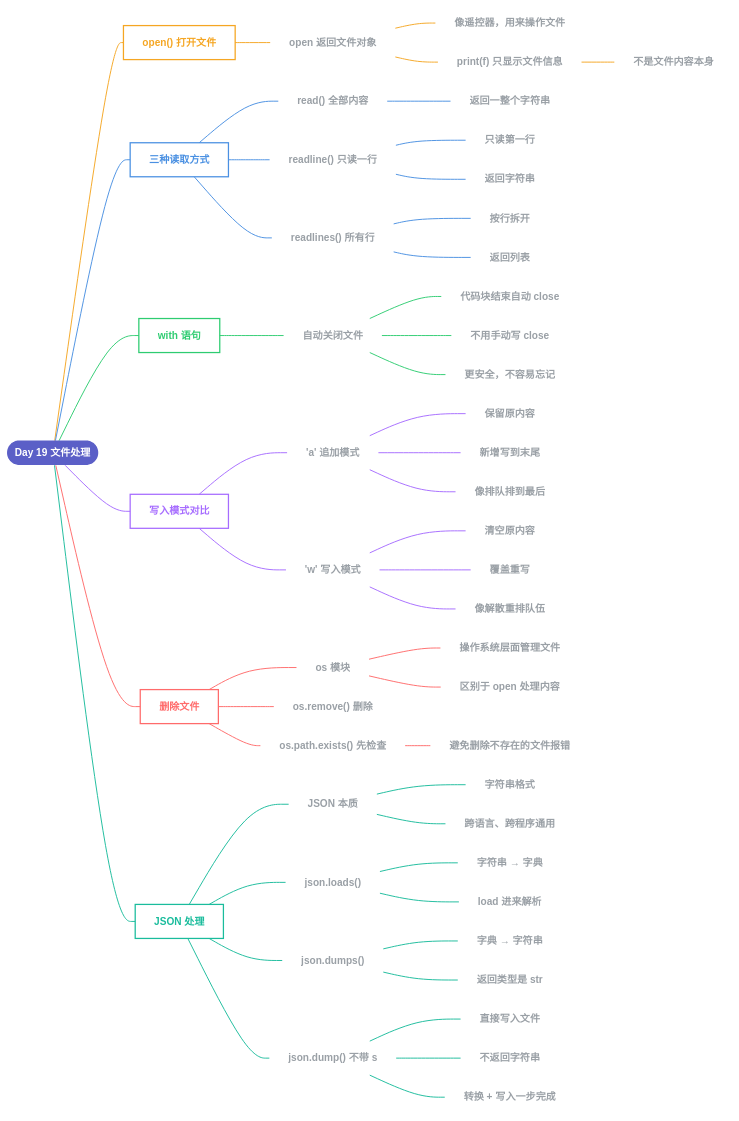
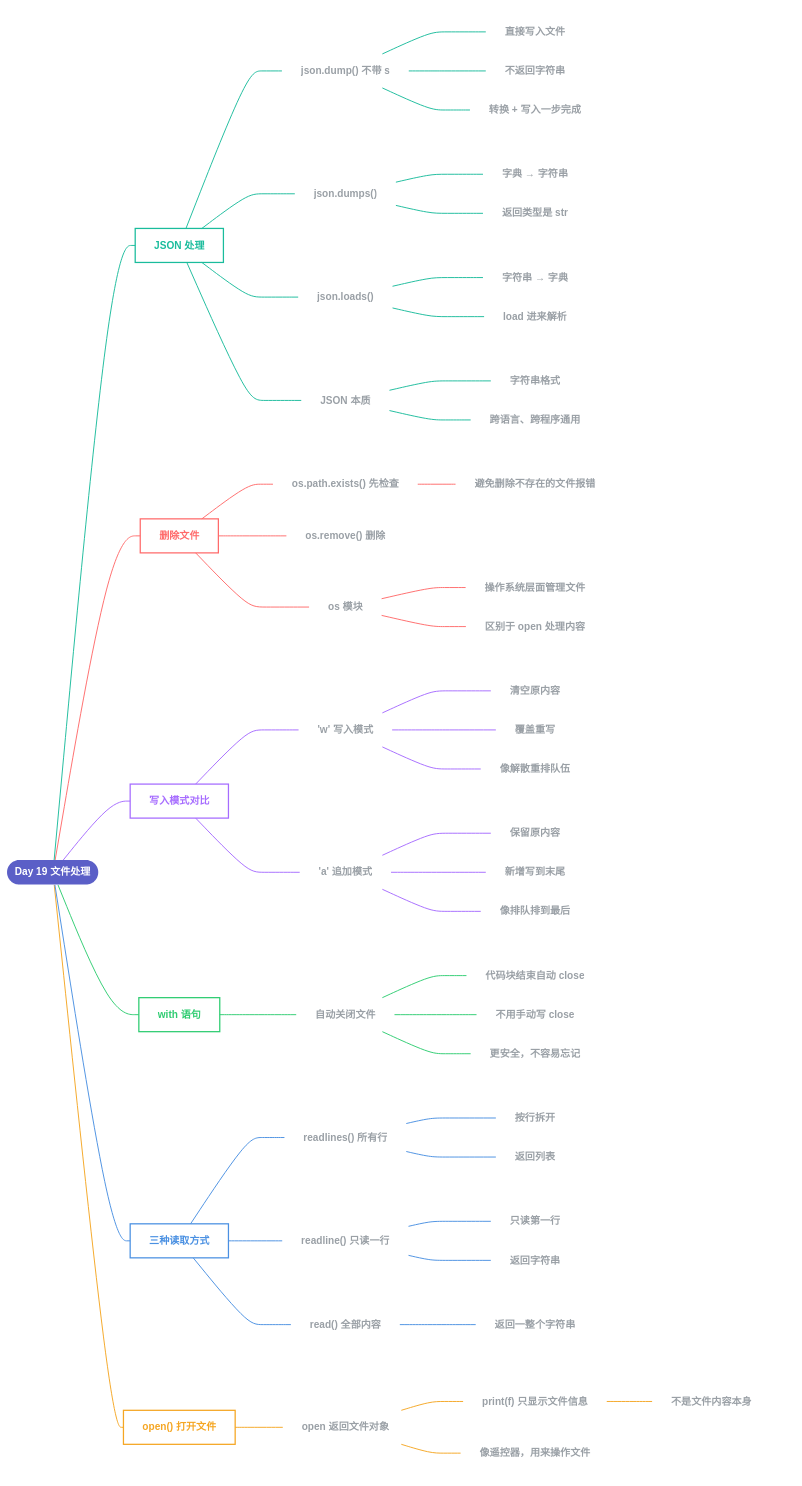
Before and after one commit to Lnnkun/30-days-of-python-notes: the diagram in Day19_文件处理.md, drawn with Mermaid (base theme). The commit also changed 3 other files, not shown here.

Commit message:
修复 Day18-21 思维导图排版：连线不再穿过文字

```diff
--- a/Day19_文件处理.md
+++ b/Day19_文件处理.md
@@ -5,66 +5,108 @@
 flowchart LR
   R(["Day 19 文件处理"])
   R --- b0["open() 打开文件"]
+  b0 --- n1["open 返回文件对象"]
+  subgraph sn1[" "]
+  n1 --- n2["像遥控器，用来操作文件"]
+  n1 --- n3["print(f) 只显示文件信息"]
+  subgraph sn3[" "]
+  n3 --- n4["不是文件内容本身"]
+  end
+  style sn3 fill:none,stroke:none
+  end
+  style sn1 fill:none,stroke:none
   classDef c0 fill:none,stroke:#F5A623,stroke-width:2px,color:#F5A623,font-weight:bold
   class b0 c0
-  b0 --- n1["open 返回文件对象"]
-  n1 --- n2["像遥控器，用来操作文件"]
-  n1 --- n3["print(f) 只显示文件信息"]
-  n3 --- n4["不是文件内容本身"]
   R --- b1["三种读取方式"]
+  b1 --- n5["read() 全部内容"]
+  subgraph sn5[" "]
+  n5 --- n6["返回一整个字符串"]
+  end
+  style sn5 fill:none,stroke:none
+  b1 --- n7["readline() 只读一行"]
+  subgraph sn7[" "]
+  n7 --- n8["只读第一行"]
+  n7 --- n9["返回字符串"]
+  end
+  style sn7 fill:none,stroke:none
+  b1 --- n10["readlines() 所有行"]
+  subgraph sn10[" "]
+  n10 --- n11["按行拆开"]
+  n10 --- n12["返回列表"]
+  end
+  style sn10 fill:none,stroke:none
   classDef c1 fill:none,stroke:#4A90E2,stroke-width:2px,color:#4A90E2,font-weight:bold
   class b1 c1
-  b1 --- n5["read() 全部内容"]
-  n5 --- n6["返回一整个字符串"]
-  b1 --- n7["readline() 只读一行"]
-  n7 --- n8["只读第一行"]
-  n7 --- n9["返回字符串"]
-  b1 --- n10["readlines() 所有行"]
-  n10 --- n11["按行拆开"]
-  n10 --- n12["返回列表"]
   R --- b2["with 语句"]
-  classDef c2 fill:none,stroke:#2ECC71,stroke-width:2px,color:#2ECC71,font-weight:bold
-  class b2 c2
   b2 --- n13["自动关闭文件"]
+  subgraph sn13[" "]
   n13 --- n14["代码块结束自动 close"]
   n13 --- n15["不用手动写 close"]
   n13 --- n16["更安全，不容易忘记"]
+  end
+  style sn13 fill:none,stroke:none
+  classDef c2 fill:none,stroke:#2ECC71,stroke-width:2px,color:#2ECC71,font-weight:bold
+  class b2 c2
   R --- b3["写入模式对比"]
-  classDef c3 fill:none,stroke:#A66CFF,stroke-width:2px,color:#A66CFF,font-weight:bold
-  class b3 c3
   b3 --- n17["'a' 追加模式"]
+  subgraph sn17[" "]
   n17 --- n18["保留原内容"]
   n17 --- n19["新增写到末尾"]
   n17 --- n20["像排队排到最后"]
+  end
+  style sn17 fill:none,stroke:none
   b3 --- n21["'w' 写入模式"]
+  subgraph sn21[" "]
   n21 --- n22["清空原内容"]
   n21 --- n23["覆盖重写"]
   n21 --- n24["像解散重排队伍"]
+  end
+  style sn21 fill:none,stroke:none
+  classDef c3 fill:none,stroke:#A66CFF,stroke-width:2px,color:#A66CFF,font-weight:bold
+  class b3 c3
   R --- b4["删除文件"]
+  b4 --- n25["os 模块"]
+  subgraph sn25[" "]
+  n25 --- n26["操作系统层面管理文件"]
+  n25 --- n27["区别于 open 处理内容"]
+  end
+  style sn25 fill:none,stroke:none
+  b4 --- n28["os.remove() 删除"]
+  b4 --- n29["os.path.exists() 先检查"]
+  subgraph sn29[" "]
+  n29 --- n30["避免删除不存在的文件报错"]
+  end
+  style sn29 fill:none,stroke:none
   classDef c4 fill:none,stroke:#FF6B6B,stroke-width:2px,color:#FF6B6B,font-weight:bold
   class b4 c4
-  b4 --- n25["os 模块"]
-  n25 --- n26["操作系统层面管理文件"]
-  n25 --- n27["区别于 open 处理内容"]
-  b4 --- n28["os.remove() 删除"]
-  b4 --- n29["os.path.exists() 先检查"]
-  n29 --- n30["避免删除不存在的文件报错"]
   R --- b5["JSON 处理"]
-  classDef c5 fill:none,stroke:#1ABC9C,stroke-width:2px,color:#1ABC9C,font-weight:bold
-  class b5 c5
   b5 --- n31["JSON 本质"]
+  subgraph sn31[" "]
   n31 --- n32["字符串格式"]
   n31 --- n33["跨语言、跨程序通用"]
+  end
+  style sn31 fill:none,stroke:none
   b5 --- n34["json.loads()"]
+  subgraph sn34[" "]
   n34 --- n35["字符串 → 字典"]
   n34 --- n36["load 进来解析"]
+  end
+  style sn34 fill:none,stroke:none
   b5 --- n37["json.dumps()"]
+  subgraph sn37[" "]
   n37 --- n38["字典 → 字符串"]
   n37 --- n39["返回类型是 str"]
+  end
+  style sn37 fill:none,stroke:none
   b5 --- n40["json.dump() 不带 s"]
+  subgraph sn40[" "]
   n40 --- n41["直接写入文件"]
   n40 --- n42["不返回字符串"]
   n40 --- n43["转换 + 写入一步完成"]
+  end
+  style sn40 fill:none,stroke:none
+  classDef c5 fill:none,stroke:#1ABC9C,stroke-width:2px,color:#1ABC9C,font-weight:bold
+  class b5 c5
   classDef leaf fill:none,stroke:none,color:#9AA0A6
   classDef root fill:#5B5FC7,stroke:none,color:#fff,font-weight:bold
   class R root
```
